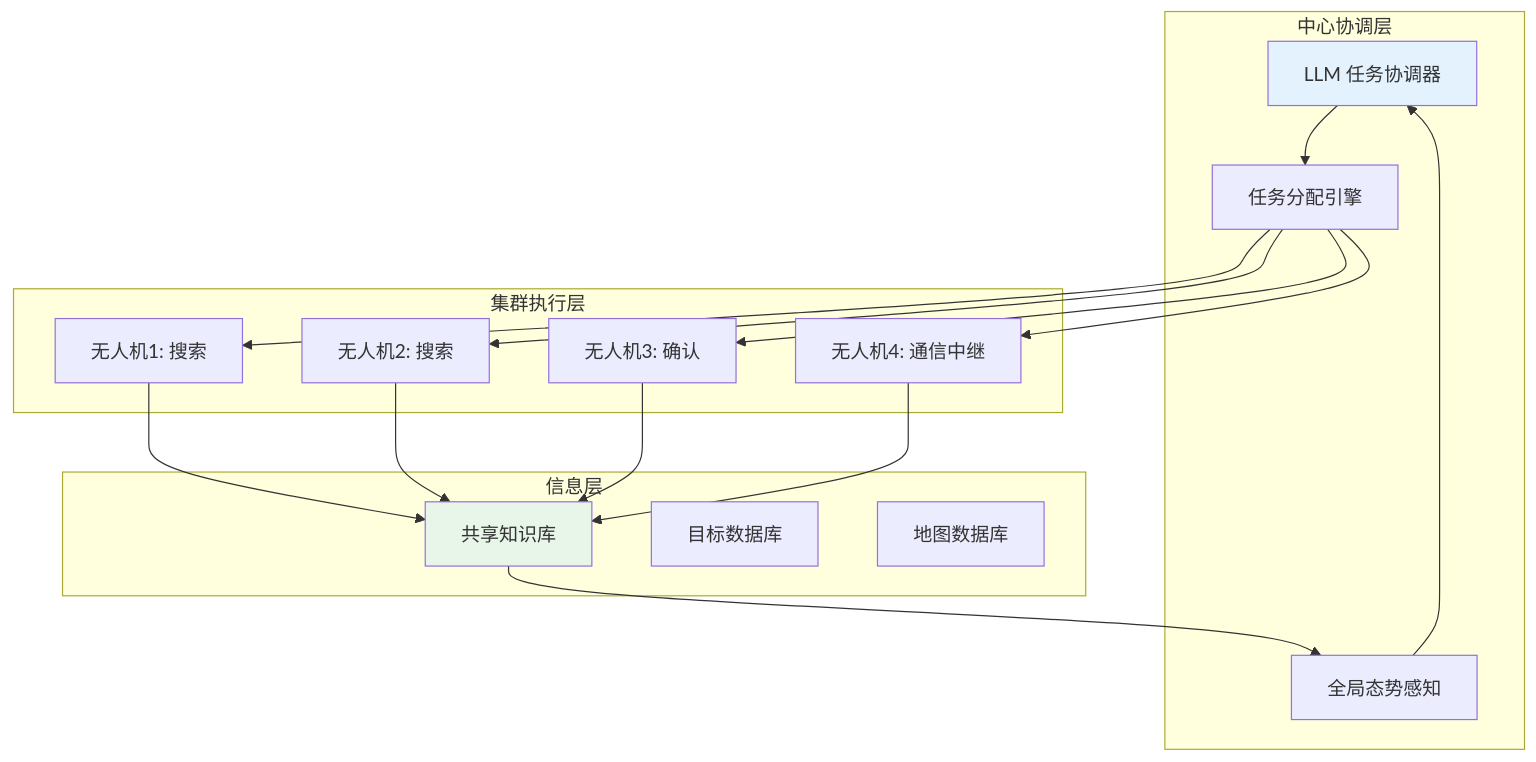
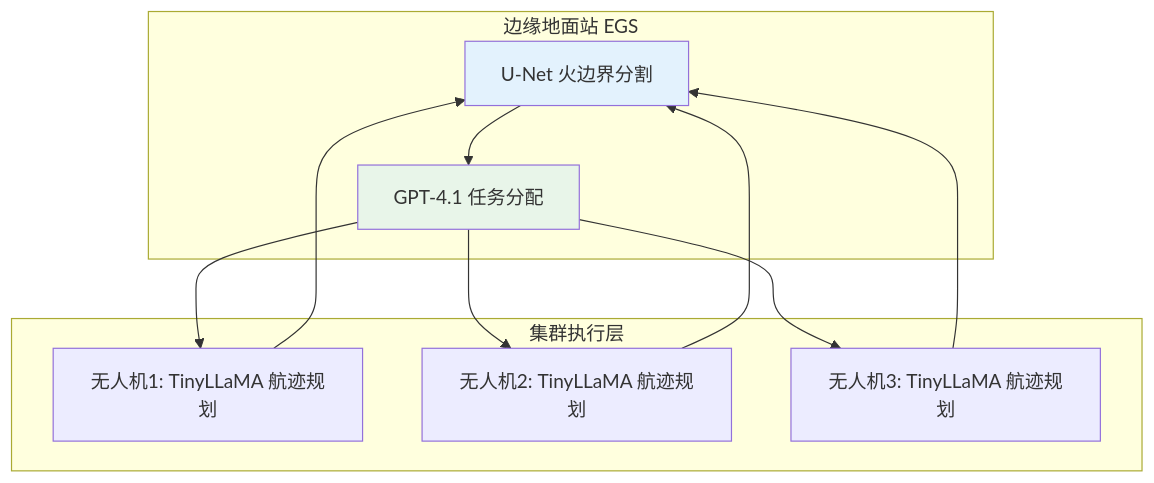
Before and after one commit to Qxy661/UAV-WM-VLA-Learning: the sixth of 10 diagrams in docs/04-VLM专题/03-LLM驱动的无人机Agent.md, drawn with Mermaid. The commit also changed other lines of this file and 53 other files, not shown here.

````diff
--- a/docs/04-VLM专题/03-LLM驱动的无人机Agent.md
+++ b/docs/04-VLM专题/03-LLM驱动的无人机Agent.md
@@ -330,38 +322,24 @@
 ```mermaid
 graph TB
-    subgraph 中心协调层
-        A[LLM 任务协调器]
-        B[全局态势感知]
-        C[任务分配引擎]
+    subgraph 边缘地面站 EGS
+        A[U-Net 火边界分割]
+        B[GPT-4.1 任务分配]
     end
     
     subgraph 集群执行层
-        D1[无人机1: 搜索]
-        D2[无人机2: 搜索]
-        D3[无人机3: 确认]
-        D4[无人机4: 通信中继]
+        D1[无人机1: TinyLLaMA 航迹规划]
+        D2[无人机2: TinyLLaMA 航迹规划]
+        D3[无人机3: TinyLLaMA 航迹规划]
     end
     
-    subgraph 信息层
-        E[共享知识库]
-        F[目标数据库]
-        G[地图数据库]
-    end
-    
-    A --> C
-    C --> D1
-    C --> D2
-    C --> D3
-    C --> D4
-    
-    D1 --> E
-    D2 --> E
-    D3 --> E
-    D4 --> E
-    
-    E --> B
-    B --> A
+    A --> B
+    B --> D1
+    B --> D2
+    B --> D3
+    D1 --> A
+    D2 --> A
+    D3 --> A
     
     style A fill:#e3f2fd
-    style E fill:#e8f5e9
+    style B fill:#e8f5e9
 ```
````
